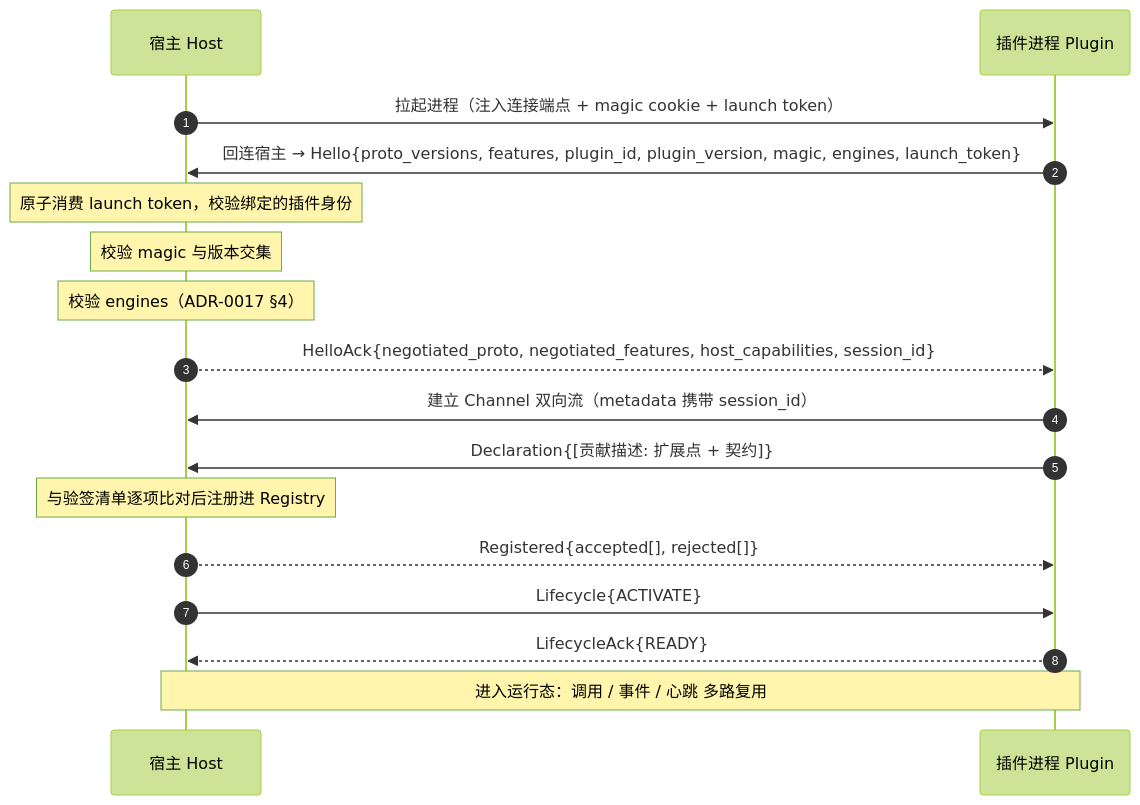
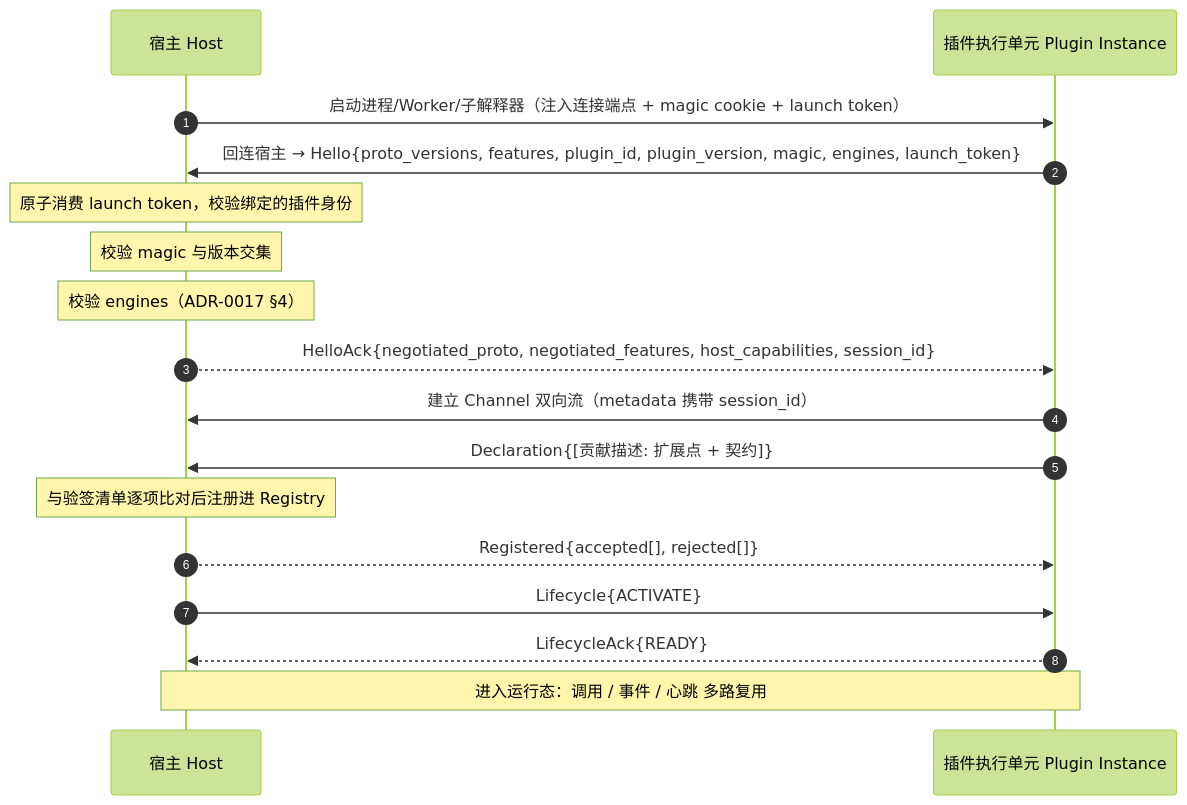
Before and after one commit to yandt/VastPlan: the second of 3 diagrams in docs/dev/architecture/插件契约与协议.md, drawn with Mermaid (forest theme). The commit also changed other lines of this file and 18 other files, not shown here.

````diff
--- a/docs/dev/architecture/插件契约与协议.md
+++ b/docs/dev/architecture/插件契约与协议.md
@@ -316,20 +336,20 @@
 ```mermaid
 sequenceDiagram
     autonumber
     participant H as 宿主 Host
-    participant P as 插件进程 Plugin
+    participant P as 插件执行单元 Plugin Instance
 
-    H->>P: 拉起进程（注入连接端点 + magic cookie + launch token）
+    H->>P: 启动进程/Worker/子解释器（注入连接端点 + magic cookie + launch token）
     P->>H: 回连宿主 → Hello{proto_versions, features, plugin_id, plugin_version, magic, engines, launch_token}
     Note over H: 原子消费 launch token，校验绑定的插件身份
     Note over H: 校验 magic 与版本交集
     Note over H: 校验 engines（ADR-0017 §4）
     H-->>P: HelloAck{negotiated_proto, negotiated_features, host_capabilities, session_id}
     P->>H: 建立 Channel 双向流（metadata 携带 session_id）
     P->>H: Declaration{[贡献描述: 扩展点 + 契约]}
     Note over H: 与验签清单逐项比对后注册进 Registry
     H-->>P: Registered{accepted[], rejected[]}
     H->>P: Lifecycle{ACTIVATE}
     P-->>H: LifecycleAck{READY}
     Note over H,P: 进入运行态：调用 / 事件 / 心跳 多路复用
 ```
````
